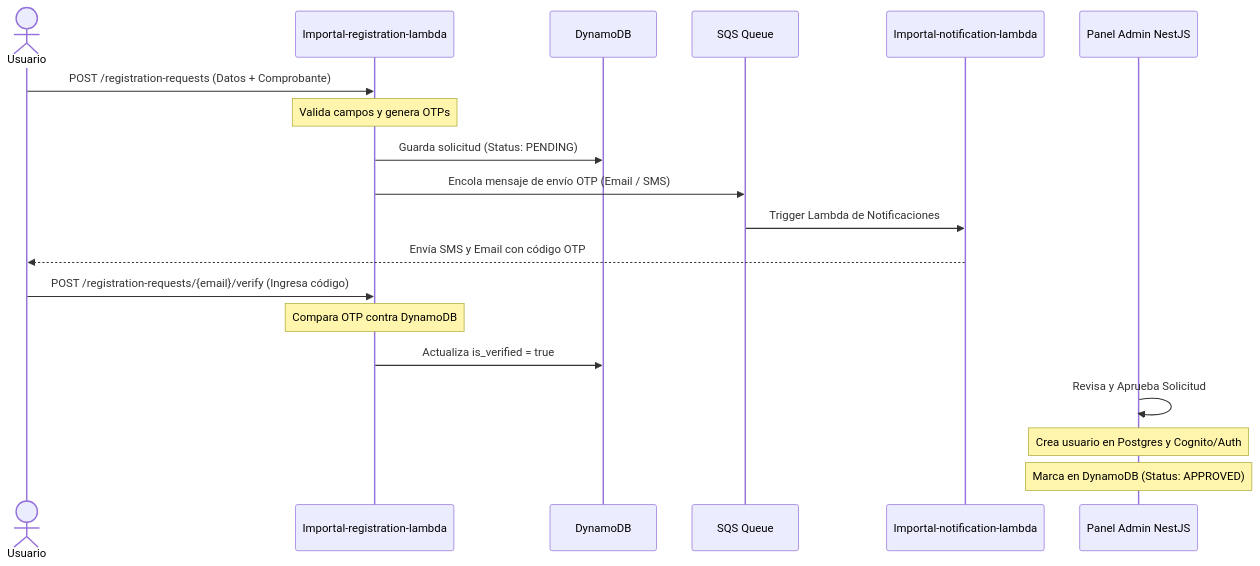
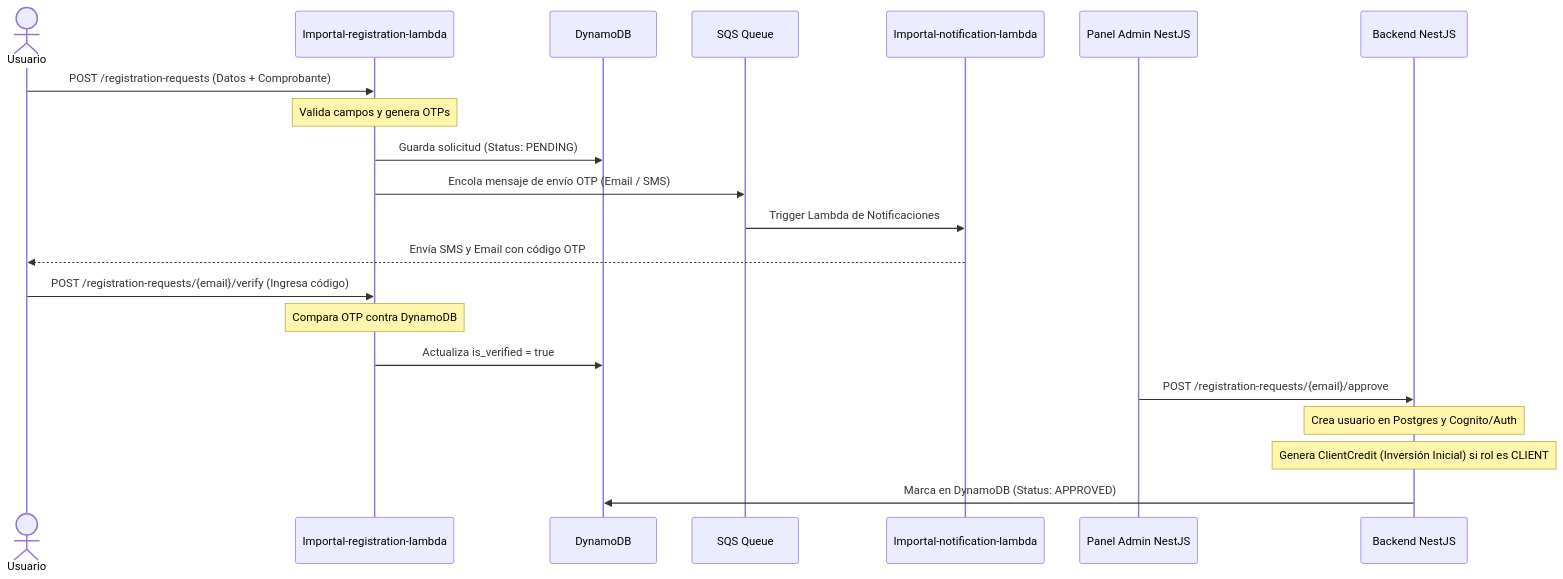
Before and after one commit to start-level-cl/Importal-api-docs: the diagram in docs-src/lambdas.md, drawn with Mermaid. The commit also changed other lines of this file and 12 other files, not shown here.

Commit message:
docs: document auto-assign initial investment credit for clients upon registration approval

````diff
--- a/docs-src/lambdas.md
+++ b/docs-src/lambdas.md
@@ -9,24 +9,26 @@
 ```mermaid
 sequenceDiagram
     actor Usuario
     participant Lambda as Importal-registration-lambda
     participant Dynamo as DynamoDB
     participant SQS as SQS Queue
     participant Notif as Importal-notification-lambda
     participant Admin as Panel Admin NestJS
+    participant Backend as Backend NestJS
 
     Usuario->>Lambda: POST /registration-requests (Datos + Comprobante)
     Note over Lambda: Valida campos y genera OTPs
     Lambda->>Dynamo: Guarda solicitud (Status: PENDING)
     Lambda->>SQS: Encola mensaje de envío OTP (Email / SMS)
     SQS->>Notif: Trigger Lambda de Notificaciones
     Notif-->>Usuario: Envía SMS y Email con código OTP
     
     Usuario->>Lambda: POST /registration-requests/{email}/verify (Ingresa código)
     Note over Lambda: Compara OTP contra DynamoDB
     Lambda->>Dynamo: Actualiza is_verified = true
     
-    Admin->>Admin: Revisa y Aprueba Solicitud
-    Note over Admin: Crea usuario en Postgres y Cognito/Auth
-    Note over Admin: Marca en DynamoDB (Status: APPROVED)
+    Admin->>Backend: POST /registration-requests/{email}/approve
+    Note over Backend: Crea usuario en Postgres y Cognito/Auth
+    Note over Backend: Genera ClientCredit (Inversión Inicial) si rol es CLIENT
+    Backend->>Dynamo: Marca en DynamoDB (Status: APPROVED)
 ```
````
